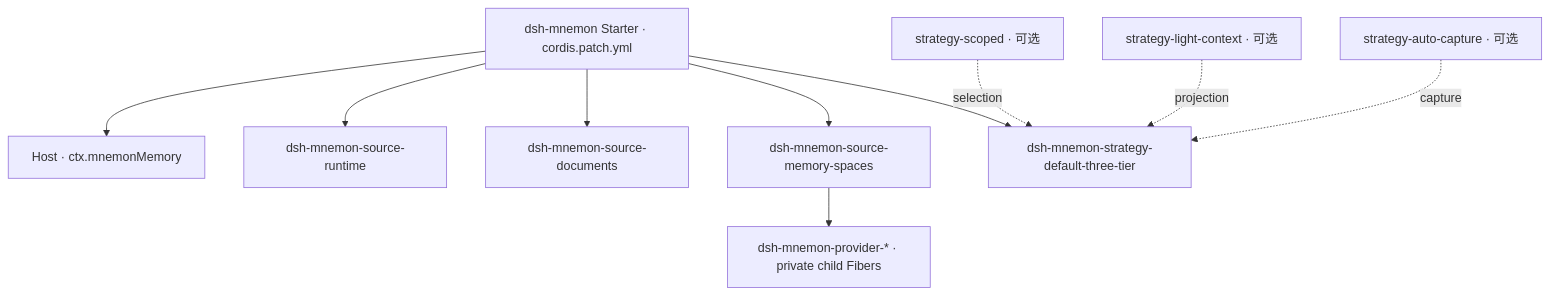
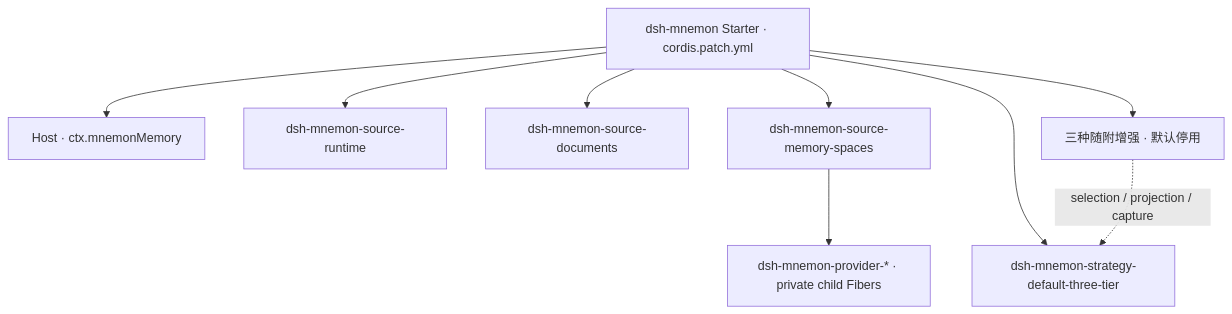
Before and after one commit to DerKodex-Repo-Curator/mnemon: the first of 3 diagrams in dsh/docs/zh-CN/architecture.md, drawn with Mermaid. The commit also changed other lines of this file and 13 other files, not shown here.

Commit message:
docs(v0.5): keep plugin architecture developer-facing

````diff
--- a/dsh/docs/zh-CN/architecture.md
+++ b/dsh/docs/zh-CN/architecture.md
@@ -9,12 +9,11 @@
 ```mermaid
 flowchart TB
   Starter["dsh-mnemon Starter · cordis.patch.yml"] --> Host["Host · ctx.mnemonMemory"]
   Starter --> Runtime["dsh-mnemon-source-runtime"]
   Starter --> Docs["dsh-mnemon-source-documents"]
   Starter --> Spaces["dsh-mnemon-source-memory-spaces"]
   Starter --> Strategy["dsh-mnemon-strategy-default-three-tier"]
-  Scope["strategy-scoped · 可选"] -. selection .-> Strategy
-  Light["strategy-light-context · 可选"] -. projection .-> Strategy
-  Capture["strategy-auto-capture · 可选"] -. capture .-> Strategy
+  Starter --> Helpers["三种随附增强 · 默认停用"]
+  Helpers -. selection / projection / capture .-> Strategy
   Spaces --> Providers["dsh-mnemon-provider-* · private child Fibers"]
 ```
````
